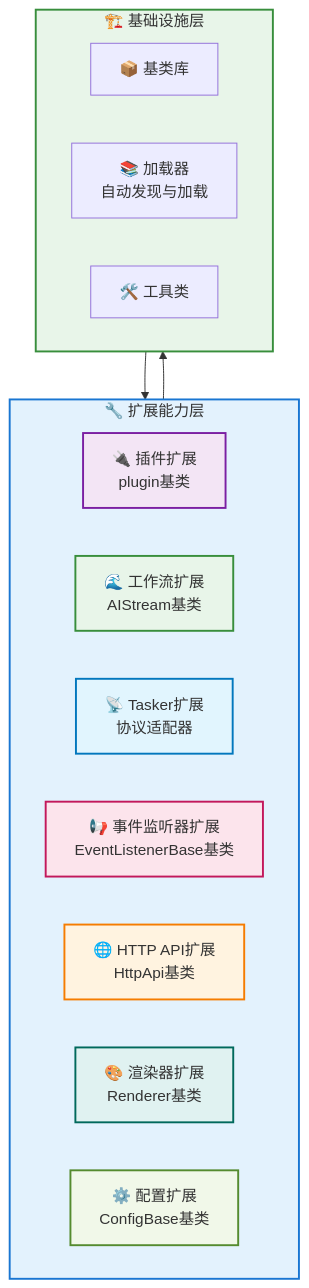
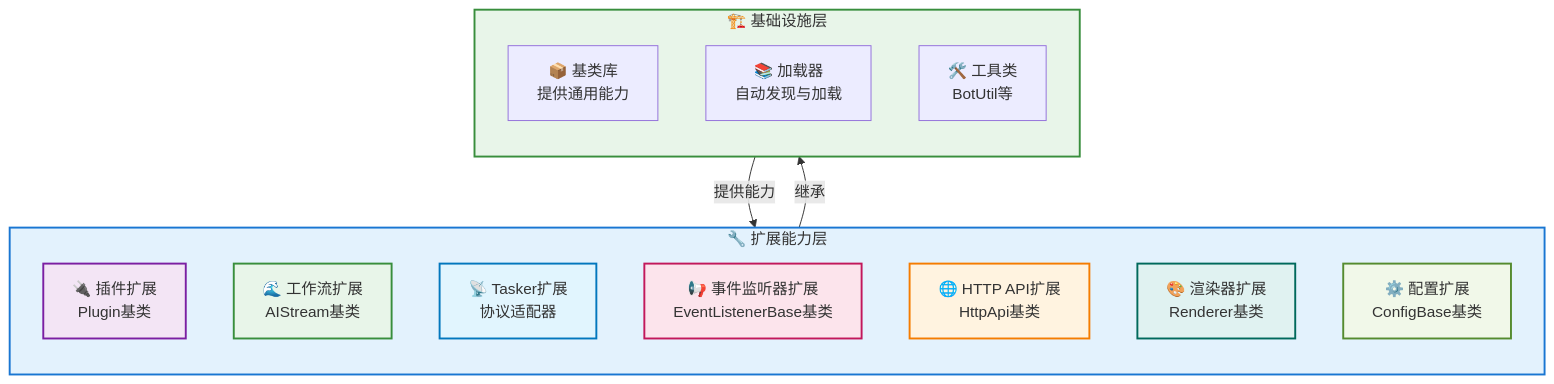
Before and after one commit to sunflowermm/XRK-AGT: the first of 9 diagrams in docs/框架可扩展性指南.md, drawn with Mermaid. The commit also changed other lines of this file and 36 other files, not shown here.

````diff
--- a/docs/框架可扩展性指南.md
+++ b/docs/框架可扩展性指南.md
@@ -35,31 +35,33 @@
 ```mermaid
 flowchart TB
     subgraph Extension["🔧 扩展能力层"]
-        A["🔌 插件扩展<br/>plugin基类"]
+        direction TB
+        A["🔌 插件扩展<br/>Plugin基类"]
         B["🌊 工作流扩展<br/>AIStream基类"]
         C["📡 Tasker扩展<br/>协议适配器"]
         D["📢 事件监听器扩展<br/>EventListenerBase基类"]
         E["🌐 HTTP API扩展<br/>HttpApi基类"]
         F["🎨 渲染器扩展<br/>Renderer基类"]
         G["⚙️ 配置扩展<br/>ConfigBase基类"]
     end
     
     subgraph Infrastructure["🏗️ 基础设施层"]
-        I["📦 基类库"]
+        direction TB
+        I["📦 基类库<br/>提供通用能力"]
         J["📚 加载器<br/>自动发现与加载"]
-        K["🛠️ 工具类"]
+        K["🛠️ 工具类<br/>BotUtil等"]
     end
     
-    Extension --> Infrastructure
-    Infrastructure --> Extension
+    Extension -->|继承| Infrastructure
+    Infrastructure -->|提供能力| Extension
     
     style Extension fill:#E3F2FD,stroke:#1976D2,stroke-width:2px
     style Infrastructure fill:#E8F5E9,stroke:#388E3C,stroke-width:2px
     style A fill:#F3E5F5,stroke:#7B1FA2,stroke-width:2px
     style B fill:#E8F5E9,stroke:#388E3C,stroke-width:2px
     style C fill:#E1F5FE,stroke:#0277BD,stroke-width:2px
     style D fill:#FCE4EC,stroke:#C2185B,stroke-width:2px
     style E fill:#FFF3E0,stroke:#F57C00,stroke-width:2px
     style F fill:#E0F2F1,stroke:#00695C,stroke-width:2px
     style G fill:#F1F8E9,stroke:#558B2F,stroke-width:2px
 ```
````
